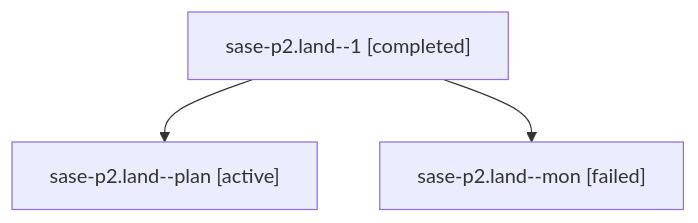
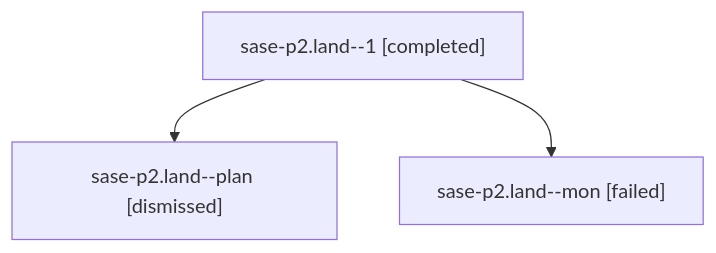
The diagram in sessions/bbugyi200.athena.sase-p2.land.md (sase-org/sase--agents), drawn with Mermaid before and after one commit. The commit also changed other lines of this file and 206 other files, not shown here.

````diff
--- a/sessions/bbugyi200.athena.sase-p2.land.md
+++ b/sessions/bbugyi200.athena.sase-p2.land.md
@@ -9,8 +9,8 @@
 ```mermaid
 flowchart TD
   n0["sase-p2.land--1 [completed]"]
-  n1["sase-p2.land--plan [active]"]
+  n1["sase-p2.land--plan [dismissed]"]
   n0 --> n1
   n2["sase-p2.land--mon [failed]"]
   n0 --> n2
 ```
````
